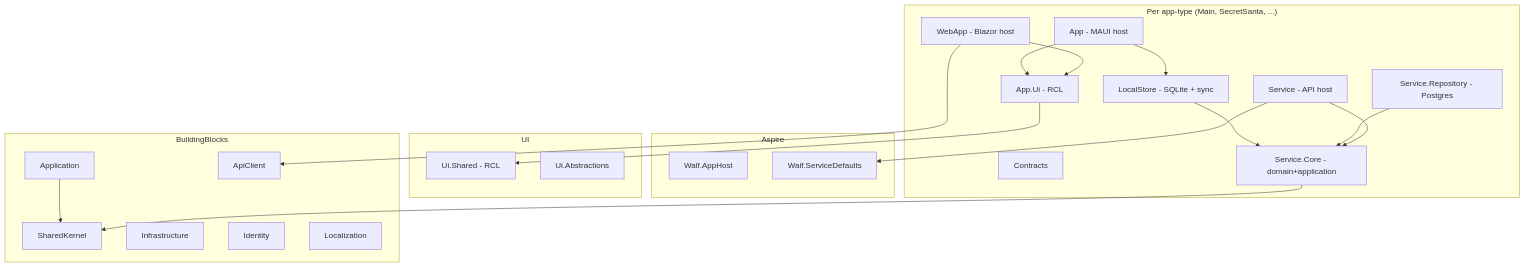
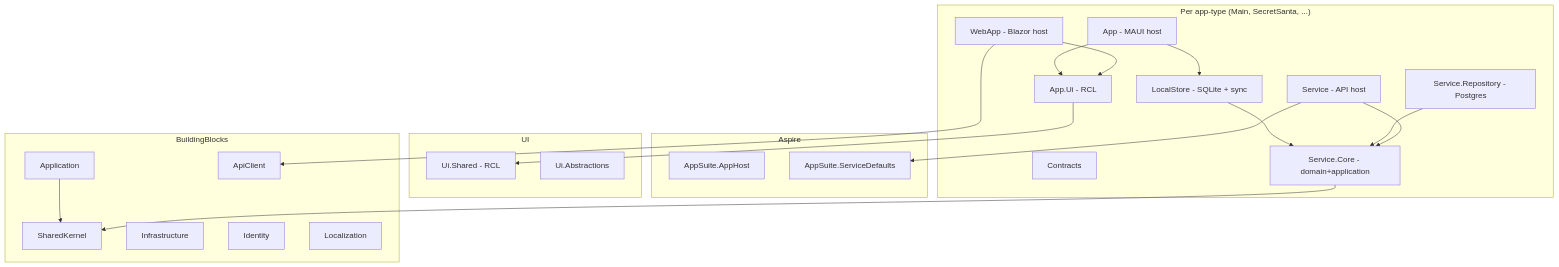
One commit to CircleTools-ch/circletools-suite changed the diagram in docs/arc42/05-building-block-view.md. Above: the diagram before and after it, drawn with Mermaid. The commit also changed other lines of this file and 258 other files, not shown here.

Commit message:
Rename back to AppSuite

````diff
--- a/docs/arc42/05-building-block-view.md
+++ b/docs/arc42/05-building-block-view.md
@@ -15,40 +15,40 @@
 ```mermaid
 flowchart TD
     subgraph Aspire
-        AppHost[Walf.AppHost]
-        Defaults[Walf.ServiceDefaults]
+        AppHost[AppSuite.AppHost]
+        Defaults[AppSuite.ServiceDefaults]
     end
     subgraph BuildingBlocks
         SK[SharedKernel]
         App[Application]
         Infra[Infrastructure]
         Id[Identity]
         Loc[Localization]
         ApiC[ApiClient]
     end
     subgraph UI
         UiShared[Ui.Shared - RCL]
         UiAbs[Ui.Abstractions]
     end
     subgraph AppType["Per app-type (Main, SecretSanta, ...)"]
         Contracts
         Core[Service.Core - domain+application]
         Repo[Service.Repository - Postgres]
         Svc[Service - API host]
         AppUi[App.Ui - RCL]
         WebApp[WebApp - Blazor host]
         Native[App - MAUI host]
         Local[LocalStore - SQLite + sync]
     end
 
     Svc --> Core
     Repo --> Core
     Local --> Core
     Core --> SK
     App --> SK
     WebApp --> AppUi --> UiShared
     Native --> AppUi
     Native --> Local
     WebApp --> ApiC
     Svc --> Defaults
 ```
````
